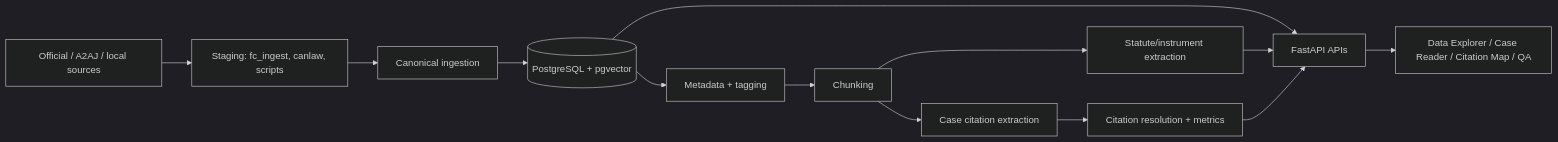
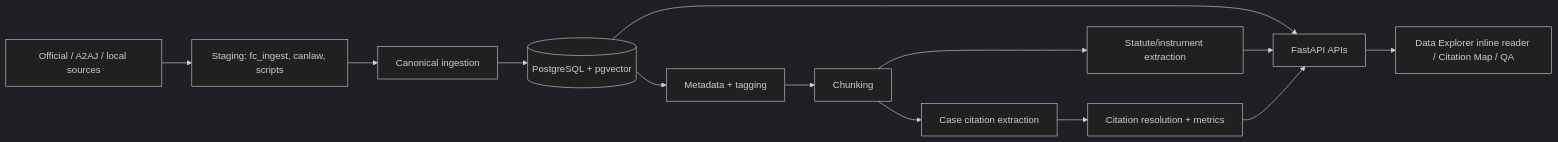
Before and after one commit to greystone-dan/LitIntelproject: the first of 2 diagrams in SYSTEM_REFERENCE.md, drawn with Mermaid (dark theme). The commit also changed other lines of this file and 26 other files, not shown here.

````diff
--- a/SYSTEM_REFERENCE.md
+++ b/SYSTEM_REFERENCE.md
@@ -170,15 +188,15 @@
 ```mermaid
 flowchart LR
     A[Official / A2AJ / local sources] --> B[Staging: fc_ingest, canlaw, scripts]
     B --> C[Canonical ingestion]
     C --> D[(PostgreSQL + pgvector)]
     D --> E[Metadata + tagging]
     E --> F[Chunking]
     F --> G[Case citation extraction]
     F --> H[Statute/instrument extraction]
     G --> I[Citation resolution + metrics]
     D --> J[FastAPI APIs]
     H --> J
     I --> J
-    J --> K[Data Explorer / Case Reader / Citation Map / QA]
+    J --> K[Data Explorer inline reader / Citation Map / QA]
 ```
````
